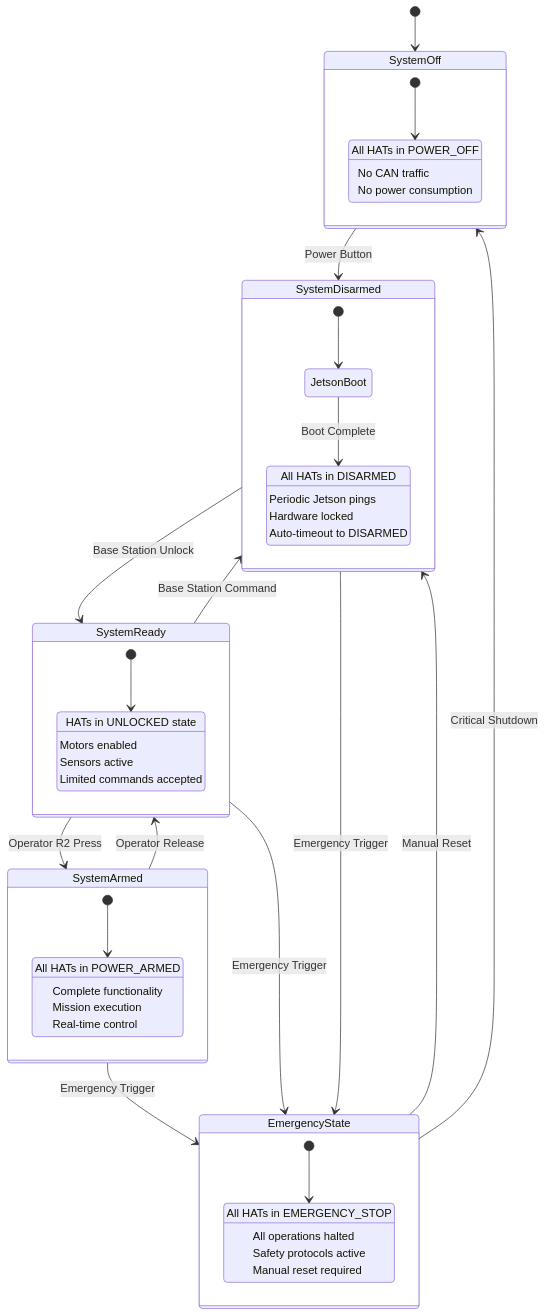
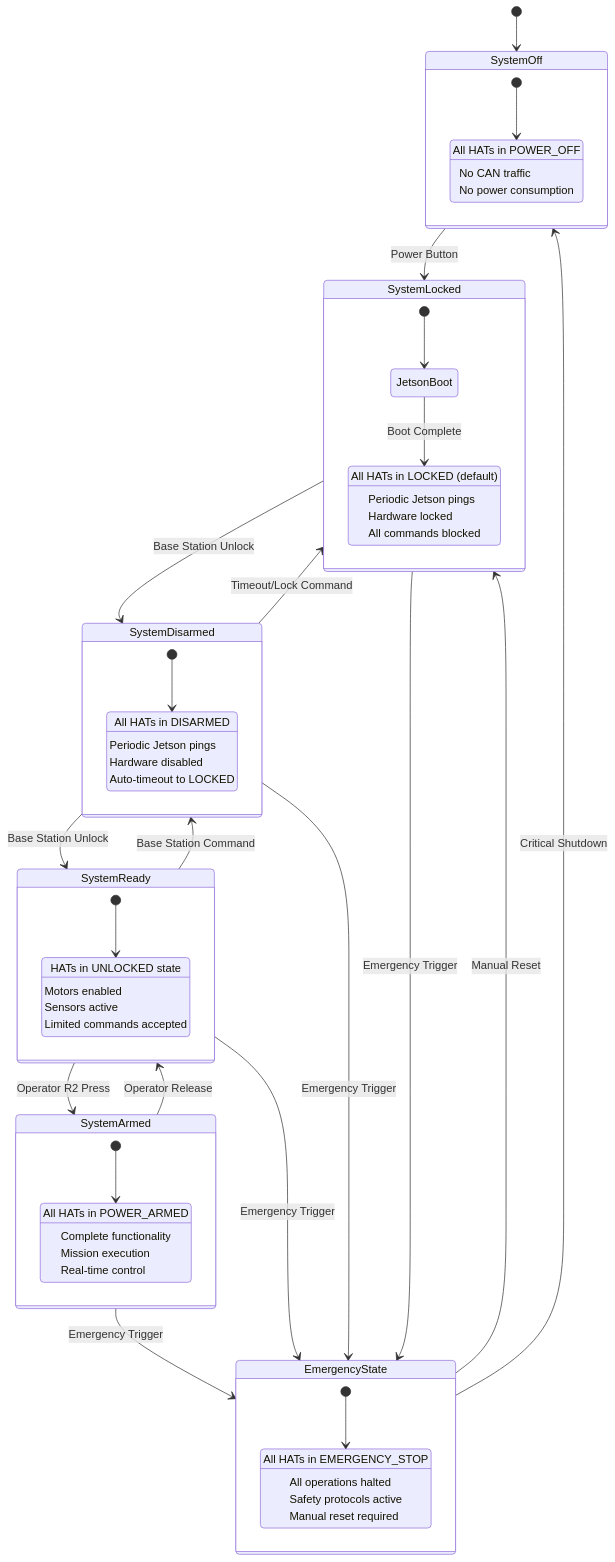
Before and after one commit to AryanRai/SIRI-Elec: the fifth of 8 diagrams in architecture.md, drawn with Mermaid. The commit also changed other lines of this file and 4 other files, not shown here.

````diff
--- a/architecture.md
+++ b/architecture.md
@@ -272,59 +272,71 @@
 ```mermaid
 stateDiagram-v2
     [*] --> SystemOff
     
     state SystemOff {
         [*] --> AllHATsOff
         AllHATsOff : All HATs in POWER_OFF
         AllHATsOff : No CAN traffic
         AllHATsOff : No power consumption
     }
     
-    SystemOff --> SystemDisarmed : Power Button
+    SystemOff --> SystemLocked : Power Button
+    
+    state SystemLocked {
+        [*] --> JetsonBoot
+        JetsonBoot --> HATsLocked : Boot Complete
+        HATsLocked : All HATs in LOCKED (default)
+        HATsLocked : Periodic Jetson pings
+        HATsLocked : Hardware locked
+        HATsLocked : All commands blocked
+    }
+    
+    SystemLocked --> SystemDisarmed : Base Station Unlock
     
     state SystemDisarmed {
-        [*] --> JetsonBoot
-        JetsonBoot --> HATsDisarmed : Boot Complete
+        [*] --> HATsDisarmed
         HATsDisarmed : All HATs in DISARMED
         HATsDisarmed : Periodic Jetson pings
-        HATsDisarmed : Hardware locked
-        HATsDisarmed : Auto-timeout to DISARMED
+        HATsDisarmed : Hardware disabled
+        HATsDisarmed : Auto-timeout to LOCKED
     }
     
     SystemDisarmed --> SystemReady : Base Station Unlock
+    SystemDisarmed --> SystemLocked : Timeout/Lock Command
     
     state SystemReady {
         [*] --> HATsUnlocked
         HATsUnlocked : HATs in UNLOCKED state
         HATsUnlocked : Motors enabled
         HATsUnlocked : Sensors active
         HATsUnlocked : Limited commands accepted
     }
     
     SystemReady --> SystemArmed : Operator R2 Press
     
     state SystemArmed {
         [*] --> FullyOperational
         FullyOperational : All HATs in POWER_ARMED
         FullyOperational : Complete functionality
         FullyOperational : Mission execution
         FullyOperational : Real-time control
     }
     
     SystemArmed --> SystemReady : Operator Release
     SystemReady --> SystemDisarmed : Base Station Command
     SystemArmed --> EmergencyState : Emergency Trigger
     SystemReady --> EmergencyState : Emergency Trigger
     SystemDisarmed --> EmergencyState : Emergency Trigger
+    SystemLocked --> EmergencyState : Emergency Trigger
     
     state EmergencyState {
         [*] --> AllHATsEmergency
         AllHATsEmergency : All HATs in EMERGENCY_STOP
         AllHATsEmergency : All operations halted
         AllHATsEmergency : Safety protocols active
         AllHATsEmergency : Manual reset required
     }
     
-    EmergencyState --> SystemDisarmed : Manual Reset
+    EmergencyState --> SystemLocked : Manual Reset
     EmergencyState --> SystemOff : Critical Shutdown
 ```
````
